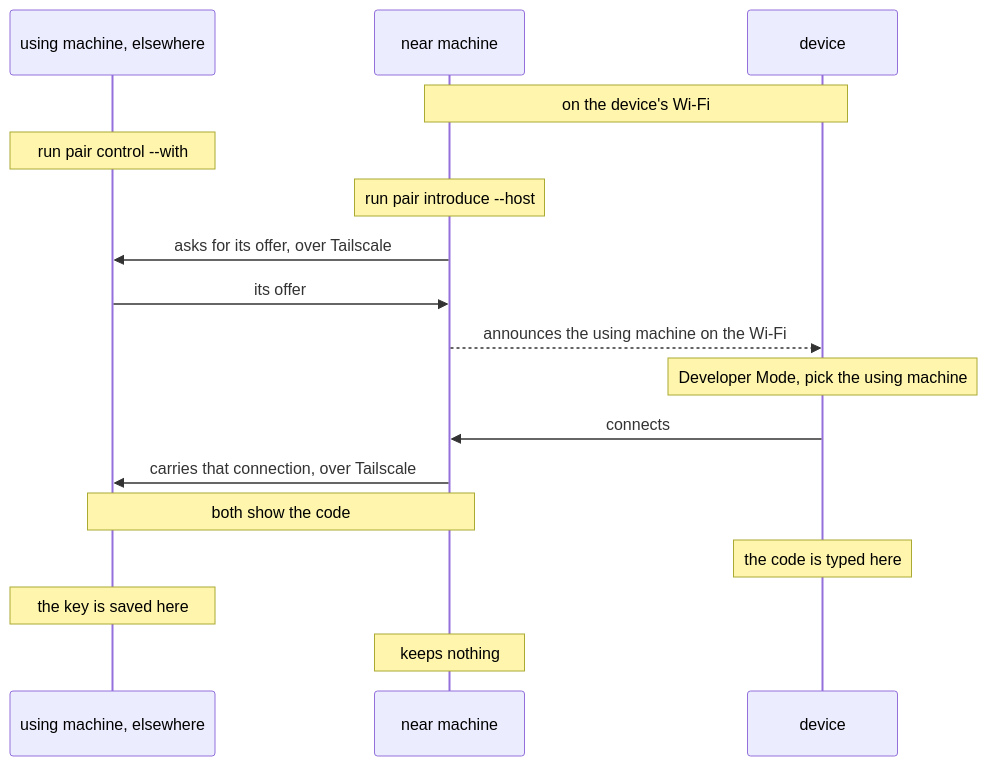
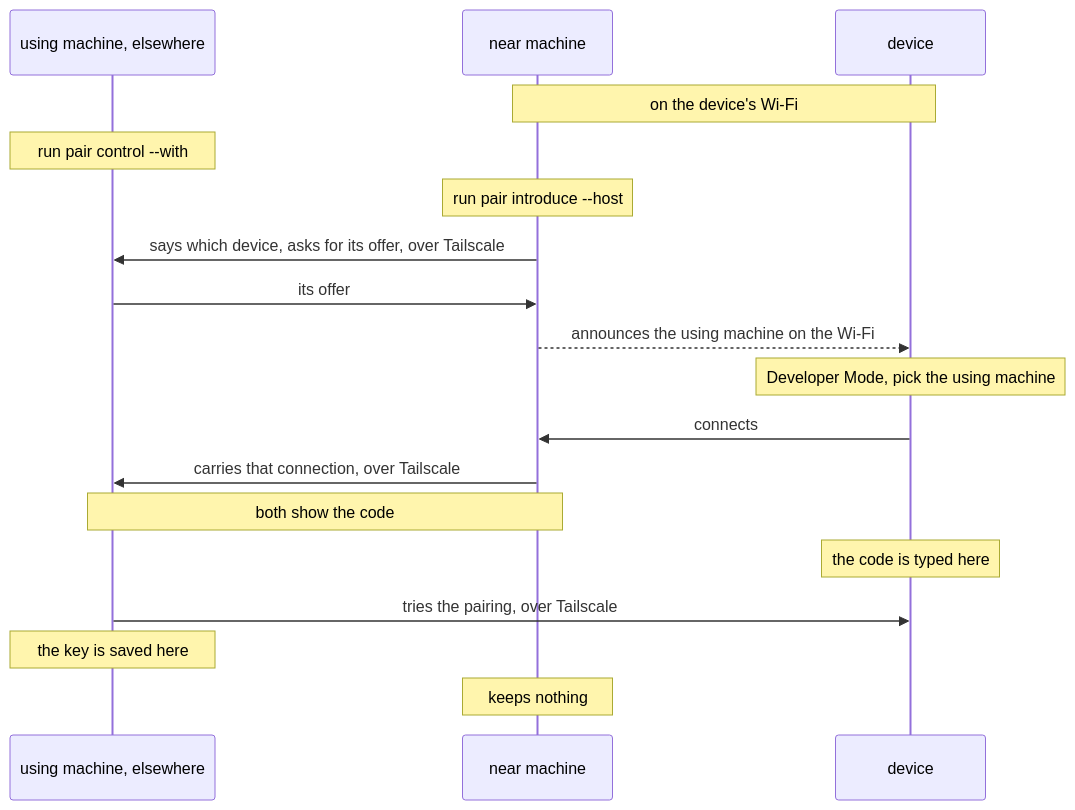
Before and after one commit to mh-mobile/RoamRun: the third of 4 diagrams in Rust/roamrunctl/README.md, drawn with Mermaid. The commit also changed other lines of this file, not shown here.

Commit message:
The figures, after a review against the source: the pairing is tried over Tailscale before its key is kept, the near machine says which device, the device proves itself first, and B's pairing is made as in A

````diff
--- a/Rust/roamrunctl/README.md
+++ b/Rust/roamrunctl/README.md
@@ -141,19 +142,20 @@
 ```mermaid
 sequenceDiagram
   participant U as using machine, elsewhere
   participant N as near machine
   participant D as device
   Note over N,D: on the device's Wi-Fi
   Note over U: run pair control --with
   Note over N: run pair introduce --host
-  N->>U: asks for its offer, over Tailscale
+  N->>U: says which device, asks for its offer, over Tailscale
   U->>N: its offer
   N-->>D: announces the using machine on the Wi-Fi
   Note over D: Developer Mode, pick the using machine
   D->>N: connects
   N->>U: carries that connection, over Tailscale
   Note over U,N: both show the code
   Note over D: the code is typed here
+  U->>D: tries the pairing, over Tailscale
   Note over U: the key is saved here
   Note over N: keeps nothing
 ```
````
